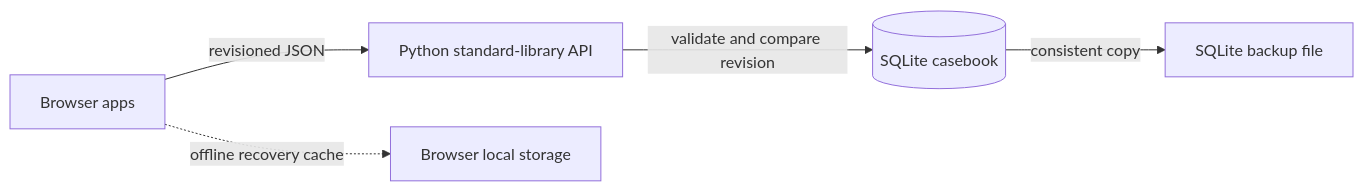
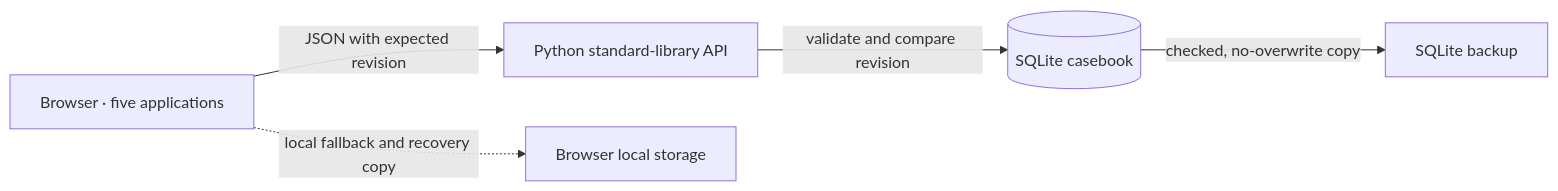
One commit to mylo123ai-hue/ict-engineering-portfolio changed the diagram in README.md. Above: the diagram before and after it, drawn with Mermaid. The commit also changed other lines of this file and 13 other files, not shown here.

````diff
--- a/README.md
+++ b/README.md
@@ -91,7 +62,7 @@
 ```mermaid
 flowchart LR
-  Browser[Browser apps] -->|revisioned JSON| API[Python standard-library API]
-  Browser -.->|offline recovery cache| LocalStorage[Browser local storage]
-  API -->|validate and compare revision| SQLite[(SQLite casebook)]
-  SQLite -->|consistent copy| Backup[SQLite backup file]
+    UI[Browser · five applications] -->|JSON with expected revision| API[Python standard-library API]
+    UI -.->|local fallback and recovery copy| LS[Browser local storage]
+    API -->|validate and compare revision| DB[(SQLite casebook)]
+    DB -->|checked, no-overwrite copy| Backup[SQLite backup]
 ```
````
